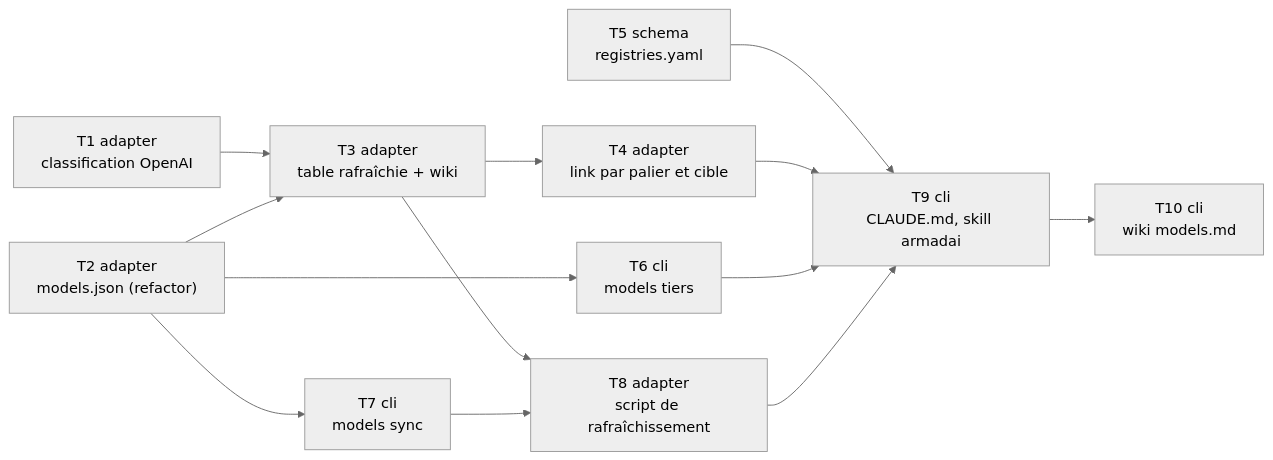
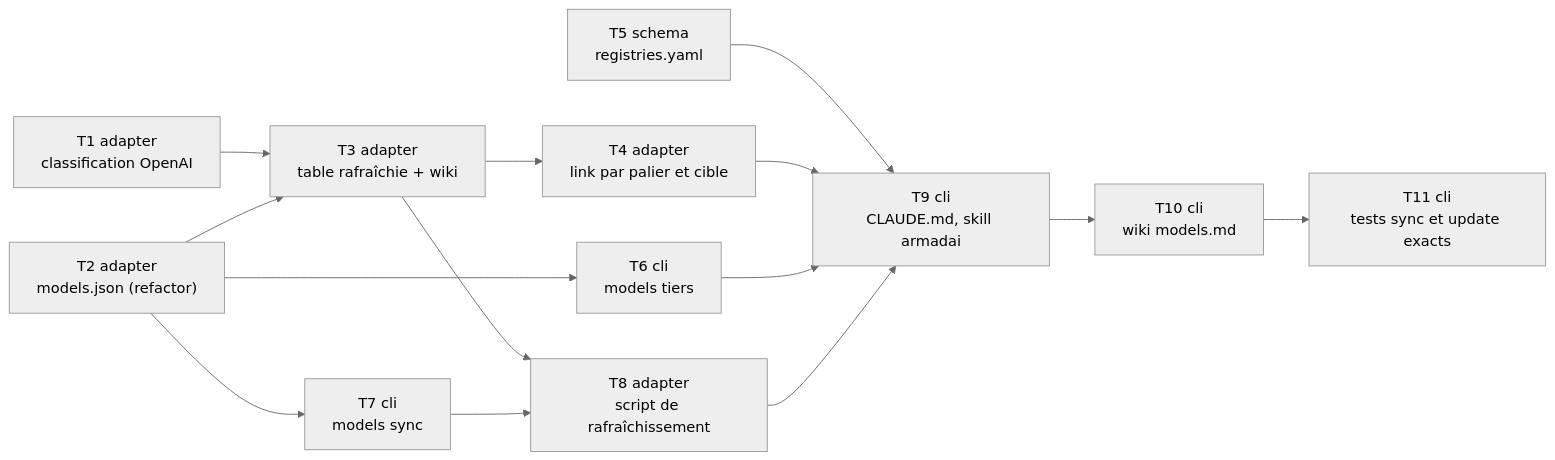
The second of 2 diagrams in docs/superpowers/plans/2026-11-10-models-table-455.md (Dr0drigues/armadai), drawn with Mermaid (neutral theme) before and after one commit. The commit also changed other lines of this file, not shown here.

Commit message:
docs(plan): add the task that pins the models sync counts (#455)

````diff
--- a/docs/superpowers/plans/2026-11-10-models-table-455.md
+++ b/docs/superpowers/plans/2026-11-10-models-table-455.md
@@ -135,15 +135,16 @@
 ```mermaid
 flowchart LR
   T1["T1 adapter<br/>classification OpenAI"] --> T3
   T2["T2 adapter<br/>models.json (refactor)"] --> T3["T3 adapter<br/>table rafraîchie + wiki"]
   T3 --> T4["T4 adapter<br/>link par palier et cible"]
   T2 --> T6["T6 cli<br/>models tiers"]
   T2 --> T7["T7 cli<br/>models sync"]
   T3 --> T8["T8 adapter<br/>script de rafraîchissement"]
   T7 --> T8
   T5["T5 schema<br/>registries.yaml"] --> T9
   T4 --> T9["T9 cli<br/>CLAUDE.md, skill armadai"]
   T6 --> T9
   T8 --> T9
   T9 --> T10["T10 cli<br/>wiki models.md"]
+  T10 --> T11["T11 cli<br/>tests sync et update exacts"]
 ```
````
